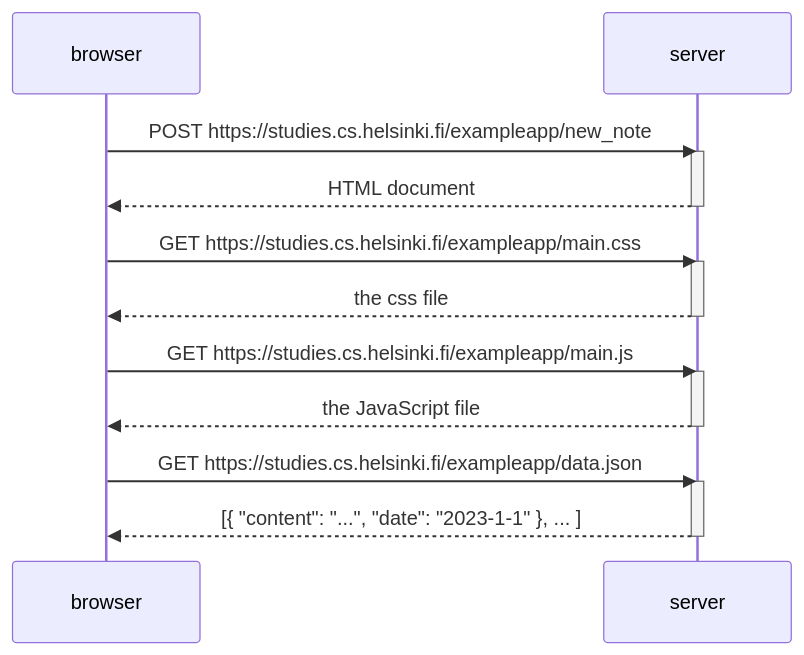
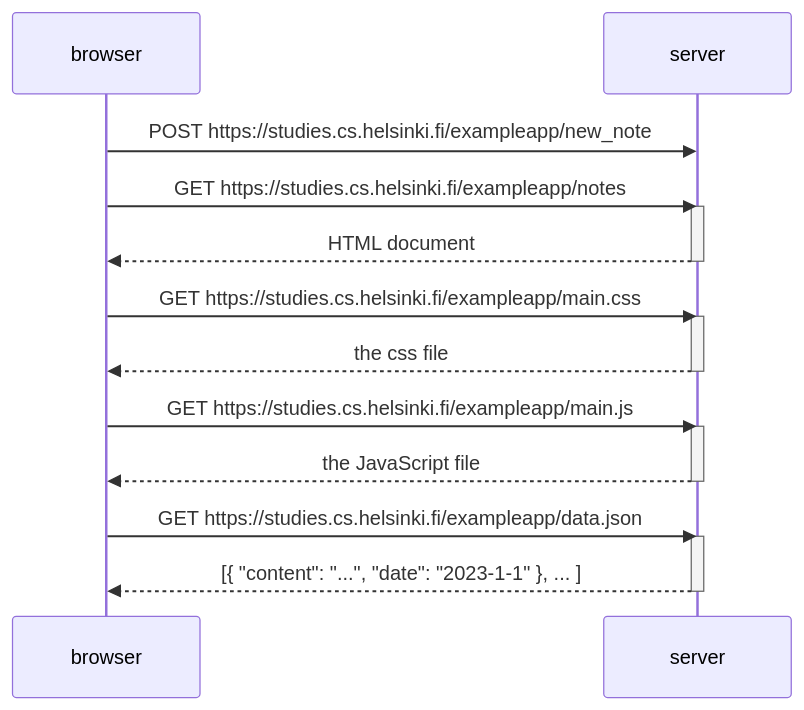
The diagram in part0/new_note04.md (dwahroianmai/fullstackopen), drawn with Mermaid before and after one commit.

Commit message:
add new step

````diff
--- a/part0/new_note04.md
+++ b/part0/new_note04.md
@@ -3,26 +3,28 @@
 ```mermaid
 sequenceDiagram
     participant browser
     participant server
 
     browser->>server: POST https://studies.cs.helsinki.fi/exampleapp/new_note
+
+    browser->>server: GET https://studies.cs.helsinki.fi/exampleapp/notes
     activate server
     server-->>browser: HTML document
     deactivate server
 
     browser->>server: GET https://studies.cs.helsinki.fi/exampleapp/main.css
     activate server
     server-->>browser: the css file
     deactivate server
 
     browser->>server: GET https://studies.cs.helsinki.fi/exampleapp/main.js
     activate server
     server-->>browser: the JavaScript file
     deactivate server
 
     browser->>server: GET https://studies.cs.helsinki.fi/exampleapp/data.json
     activate server
     server-->>browser: [{ "content": "...", "date": "2023-1-1" }, ... ]
     deactivate server
 
 ```
````
